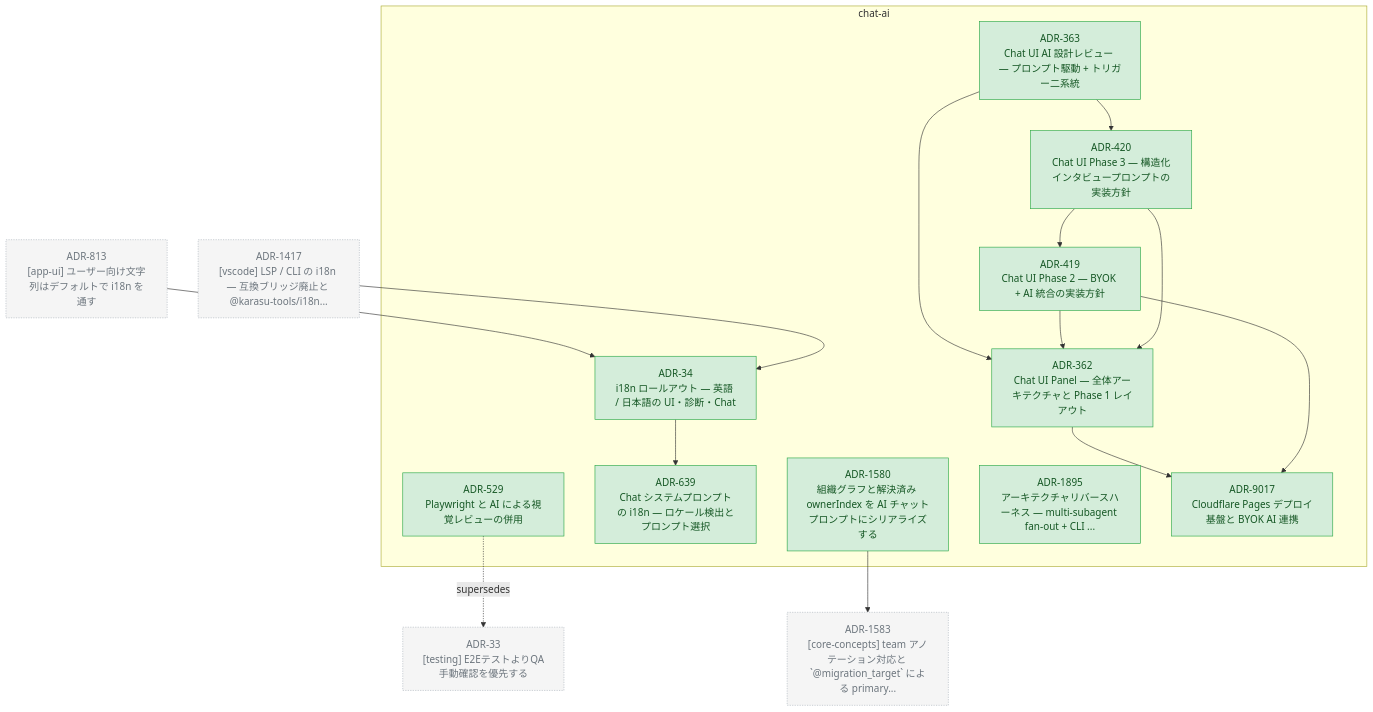
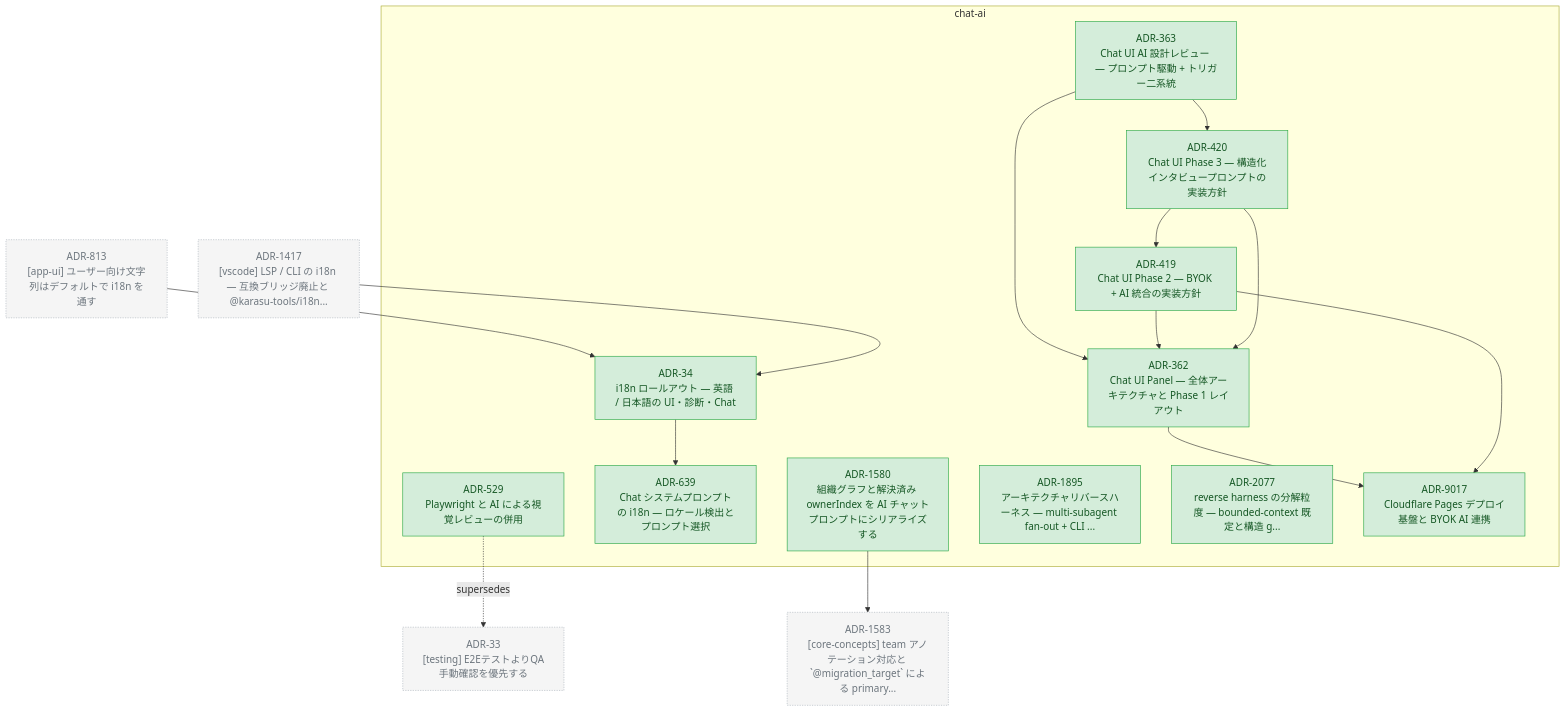
Before and after one commit to kompiro/karasu: the diagram in docs/adr/graph/chat-ai.md, drawn with Mermaid. The commit also changed other lines of this file and 6 other files, not shown here.

First line of the commit message:
feat(skill): reject structural grounding in reverse harness; promote to ADR-2077

````diff
--- a/docs/adr/graph/chat-ai.md
+++ b/docs/adr/graph/chat-ai.md
@@ -6,52 +6,54 @@
 ```mermaid
 flowchart TD
   subgraph chat-ai["chat-ai"]
     ADR_34["ADR-34<br/>i18n ロールアウト — 英語 / 日本語の UI・診断・Chat"]
     ADR_362["ADR-362<br/>Chat UI Panel — 全体アーキテクチャと Phase 1 レイアウト"]
     ADR_363["ADR-363<br/>Chat UI AI 設計レビュー — プロンプト駆動 + トリガー二系統"]
     ADR_419["ADR-419<br/>Chat UI Phase 2 — BYOK + AI 統合の実装方針"]
     ADR_420["ADR-420<br/>Chat UI Phase 3 — 構造化インタビュープロンプトの実装方針"]
     ADR_529["ADR-529<br/>Playwright と AI による視覚レビューの併用"]
     ADR_639["ADR-639<br/>Chat システムプロンプトの i18n — ロケール検出とプロンプト選択"]
     ADR_1580["ADR-1580<br/>組織グラフと解決済み ownerIndex を AI チャットプロンプトにシリアライズする"]
     ADR_1895["ADR-1895<br/>アーキテクチャリバースハーネス — multi-subagent fan-out + CLI ..."]
+    ADR_2077["ADR-2077<br/>reverse harness の分解粒度 — bounded-context 既定と構造 g..."]
     ADR_9017["ADR-9017<br/>Cloudflare Pages デプロイ基盤と BYOK AI 連携"]
   end
   ADR_33["ADR-33<br/>[testing] E2EテストよりQA手動確認を優先する"]
   ADR_813["ADR-813<br/>[app-ui] ユーザー向け文字列はデフォルトで i18n を通す"]
   ADR_1417["ADR-1417<br/>[vscode] LSP / CLI の i18n — 互換ブリッジ廃止と @karasu-tools/i18n..."]
   ADR_1583["ADR-1583<br/>[core-concepts] team アノテーション対応と `@migration_target` による primary..."]
   ADR_34 --> ADR_639
   ADR_362 --> ADR_9017
   ADR_363 --> ADR_362
   ADR_363 --> ADR_420
   ADR_419 --> ADR_362
   ADR_419 --> ADR_9017
   ADR_420 --> ADR_419
   ADR_420 --> ADR_362
   ADR_1580 --> ADR_1583
   ADR_813 --> ADR_34
   ADR_1417 --> ADR_34
   ADR_529 -.supersedes.-> ADR_33
 
   classDef accepted fill:#d4edda,stroke:#28a745,color:#155724
   classDef proposed fill:#fff3cd,stroke:#ffc107,color:#856404
   classDef deprecated fill:#f8d7da,stroke:#dc3545,color:#721c24
   classDef superseded fill:#e2e3e5,stroke:#6c757d,color:#383d41
   classDef not_adopted fill:#e2e3e5,stroke:#6c757d,color:#383d41,stroke-dasharray:3 3
   classDef ghost fill:#f5f5f5,stroke:#adb5bd,color:#6c757d,stroke-dasharray:2 2
   class ADR_34 accepted
   class ADR_362 accepted
   class ADR_363 accepted
   class ADR_419 accepted
   class ADR_420 accepted
   class ADR_529 accepted
   class ADR_639 accepted
   class ADR_1580 accepted
   class ADR_1895 accepted
+  class ADR_2077 accepted
   class ADR_9017 accepted
   class ADR_33 ghost
   class ADR_813 ghost
   class ADR_1417 ghost
   class ADR_1583 ghost
 ```
````
